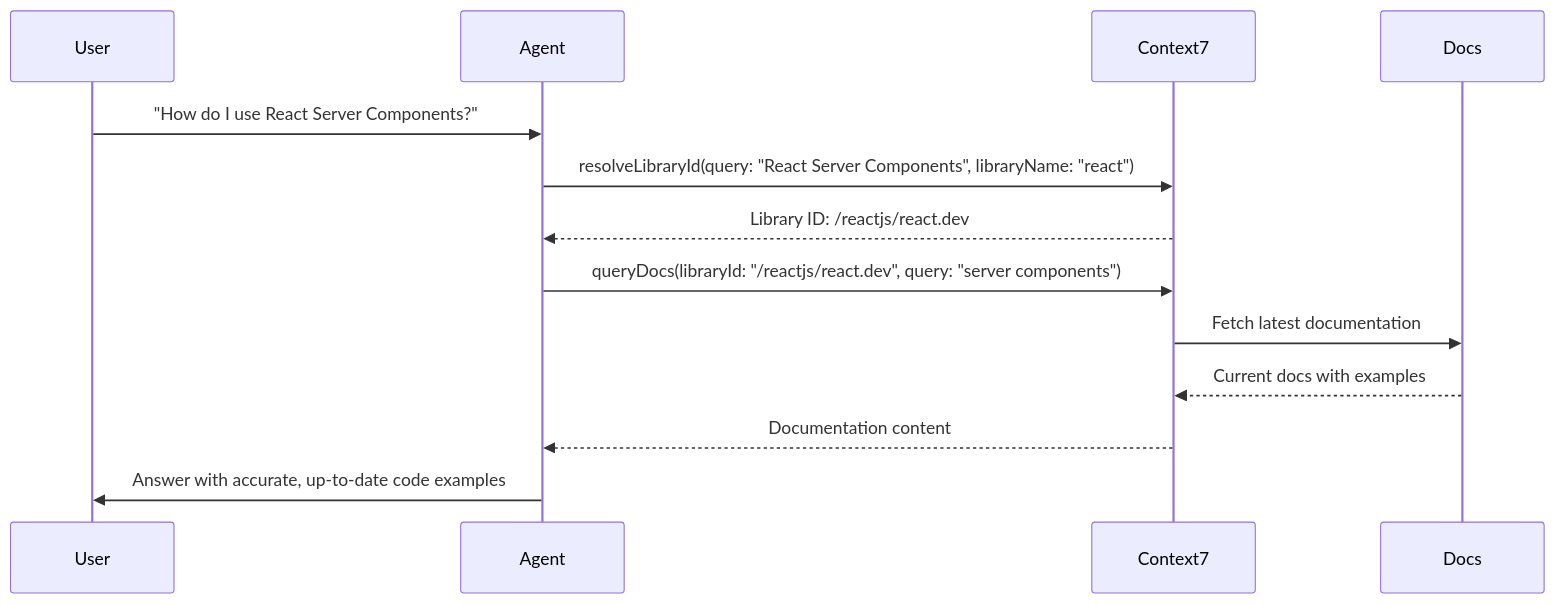
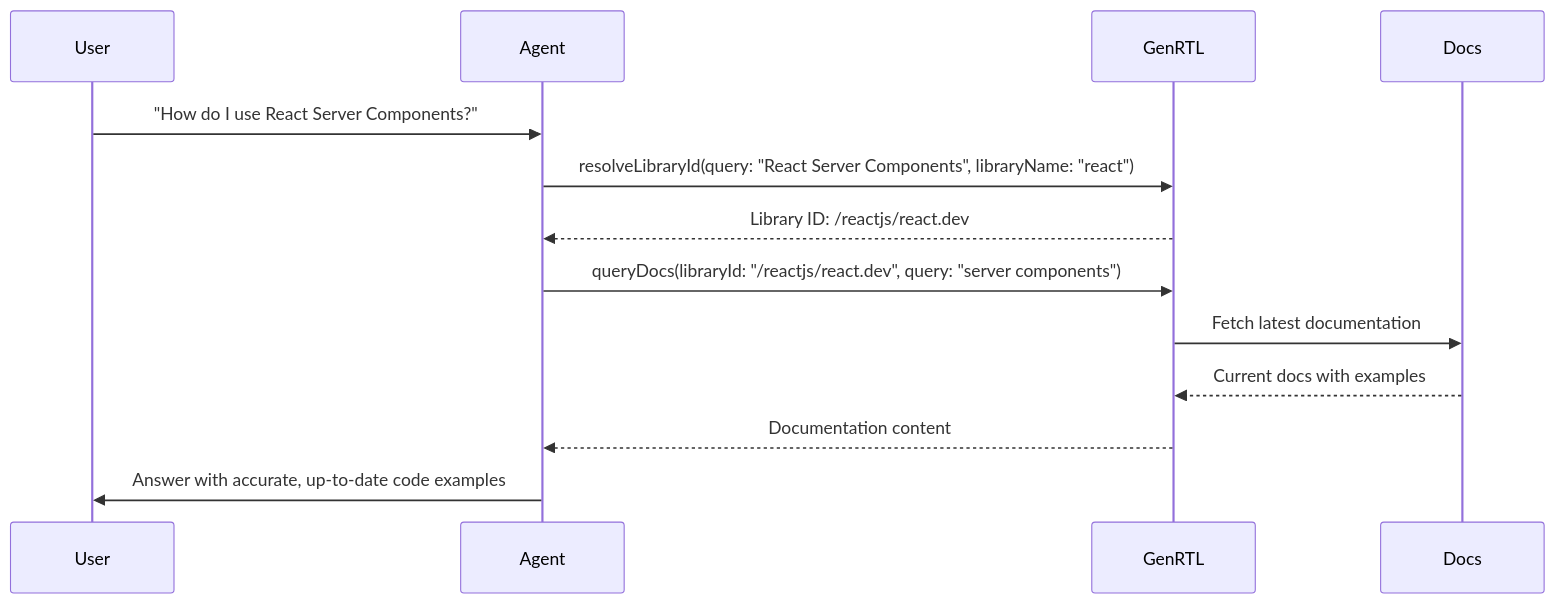
One commit to xroting/grtl changed the diagram in docs/agentic-tools/overview.mdx. Above: the diagram before and after it, drawn with Mermaid. The commit also changed other lines of this file and 218 other files, not shown here.

````diff
--- a/docs/agentic-tools/overview.mdx
+++ b/docs/agentic-tools/overview.mdx
@@ -36,16 +36,16 @@
 ```mermaid
 sequenceDiagram
     participant User
     participant Agent
-    participant Context7
+    participant GenRTL
     participant Docs
 
     User->>Agent: "How do I use React Server Components?"
-    Agent->>Context7: resolveLibraryId(query: "React Server Components", libraryName: "react")
-    Context7-->>Agent: Library ID: /reactjs/react.dev
-    Agent->>Context7: queryDocs(libraryId: "/reactjs/react.dev", query: "server components")
-    Context7->>Docs: Fetch latest documentation
-    Docs-->>Context7: Current docs with examples
-    Context7-->>Agent: Documentation content
+    Agent->>GenRTL: resolveLibraryId(query: "React Server Components", libraryName: "react")
+    GenRTL-->>Agent: Library ID: /reactjs/react.dev
+    Agent->>GenRTL: queryDocs(libraryId: "/reactjs/react.dev", query: "server components")
+    GenRTL->>Docs: Fetch latest documentation
+    Docs-->>GenRTL: Current docs with examples
+    GenRTL-->>Agent: Documentation content
     Agent->>User: Answer with accurate, up-to-date code examples
 ```
````
